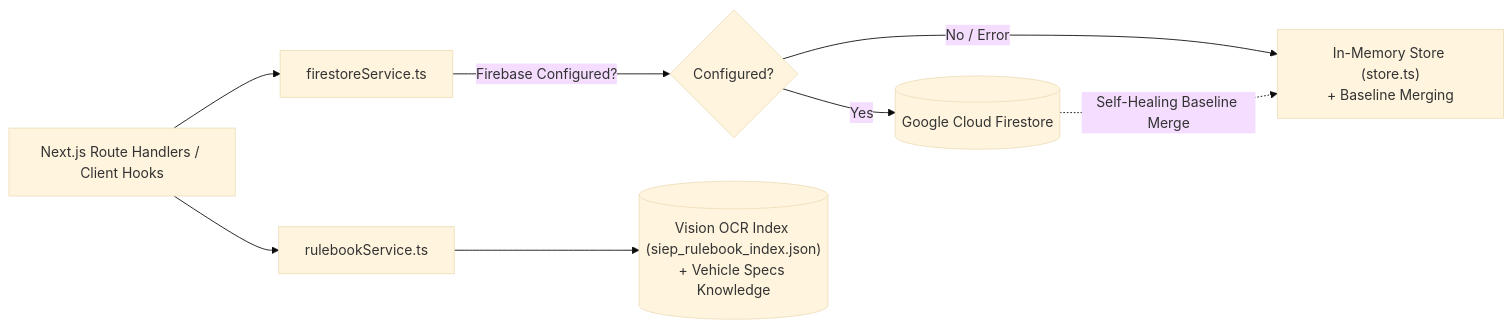
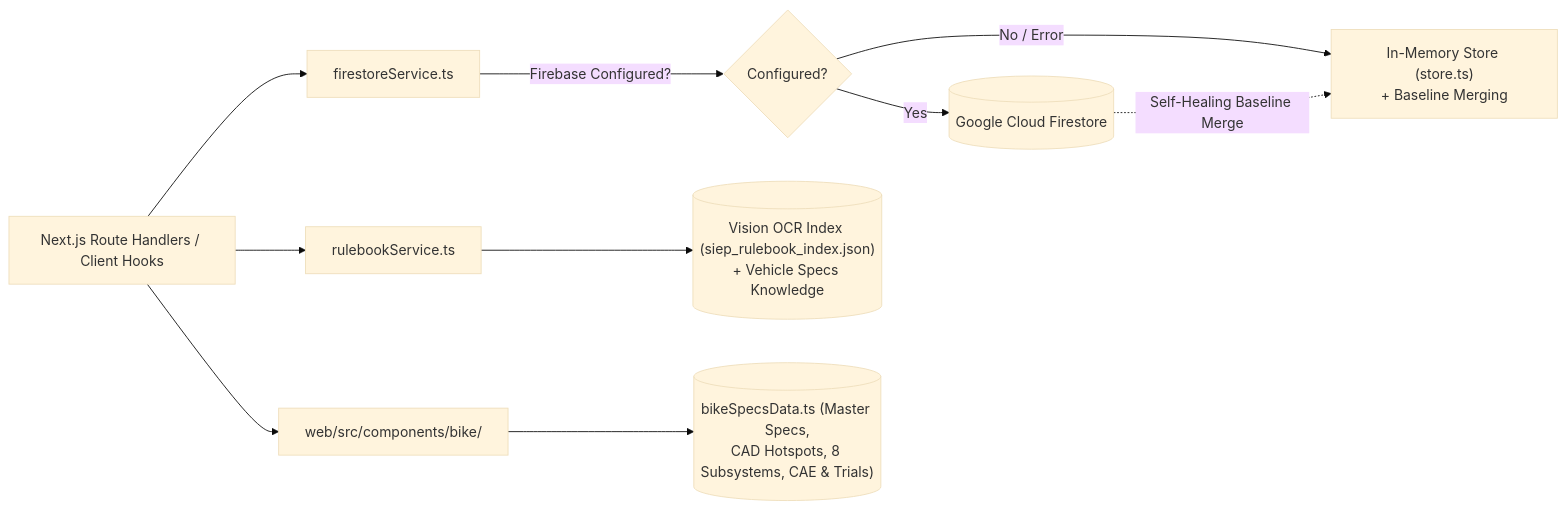
Before and after one commit to Parth-352/SIEP-Website: the diagram in .context/DATABASE.md, drawn with Mermaid (base theme). The commit also changed other lines of this file and 9 other files, not shown here.

````diff
--- a/.context/DATABASE.md
+++ b/.context/DATABASE.md
@@ -17,10 +17,12 @@
 ```mermaid
 flowchart LR
     App["Next.js Route Handlers / Client Hooks"] --> Service["firestoreService.ts"]
     Service -->|Firebase Configured?| Check{Configured?}
     Check -->|Yes| Firestore[("Google Cloud Firestore")]
     Check -->|No / Error| Fallback["In-Memory Store (store.ts)\n+ Baseline Merging"]
     Firestore -.->|Self-Healing Baseline Merge| Fallback
     App --> CopilotEngine["rulebookService.ts"]
     CopilotEngine --> RulebookData[("Vision OCR Index (siep_rulebook_index.json)\n+ Vehicle Specs Knowledge")]
+    App --> BikeSuite["web/src/components/bike/"]
+    BikeSuite --> BikeSpecsData[("bikeSpecsData.ts (Master Specs,\nCAD Hotspots, 8 Subsystems, CAE & Trials)")]
 ```
````
